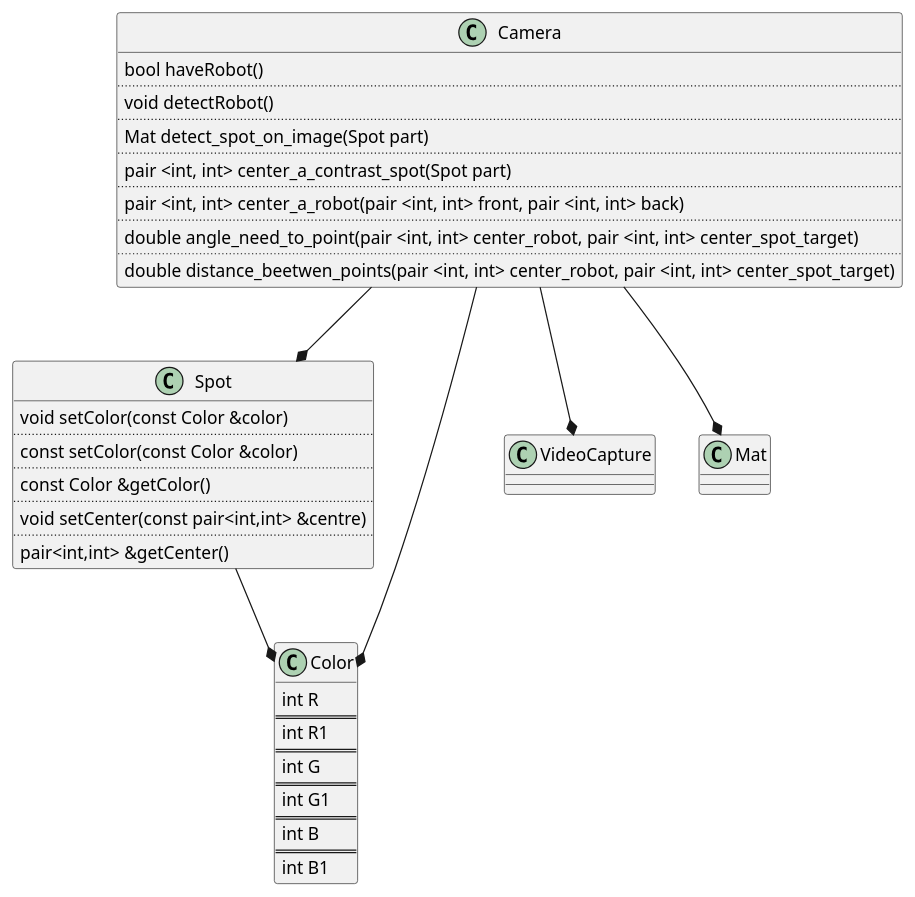
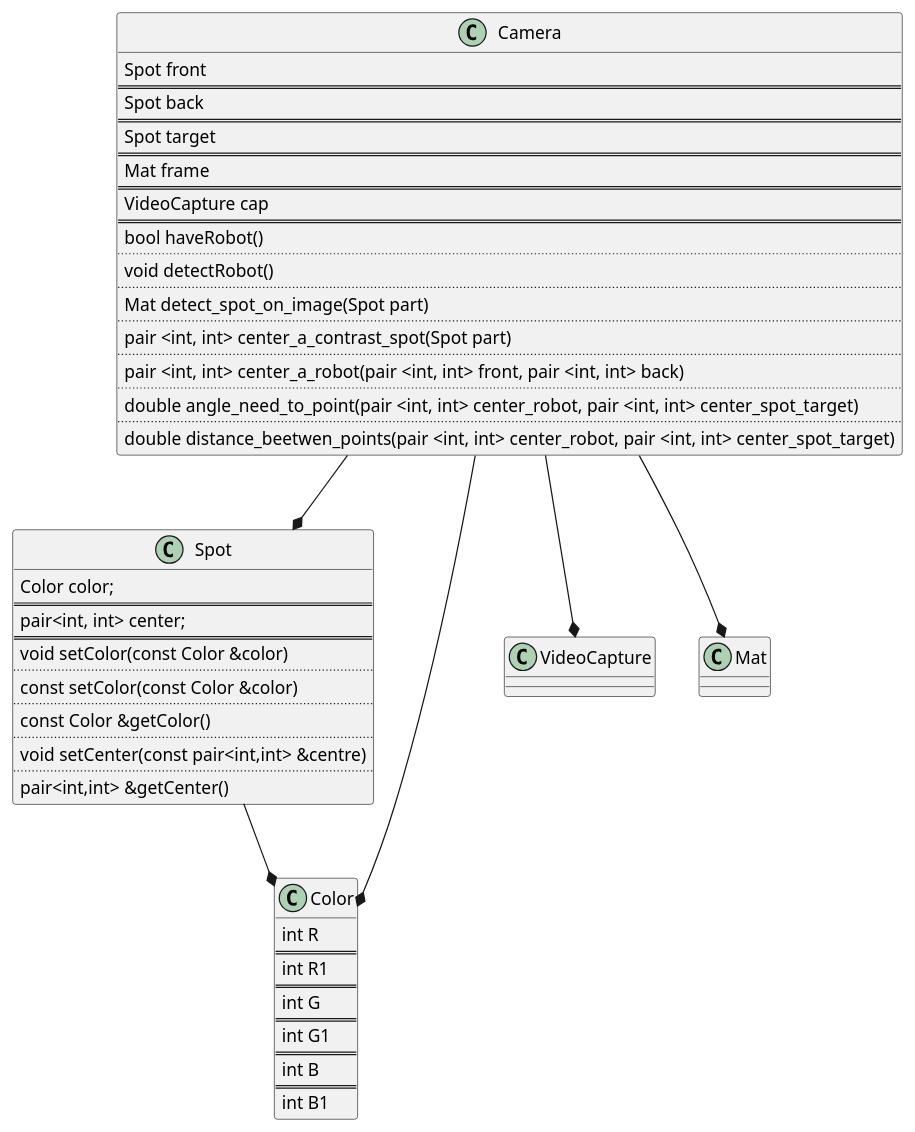
Before and after one commit to anasteysha0000/Robotdelivery: the diagram in Conceptual/conceptual.puml, drawn with PlantUML.

```diff
--- a/Conceptual/conceptual.puml
+++ b/Conceptual/conceptual.puml
@@ -1,46 +1,60 @@
 @startuml
 Camera --* Spot
 Camera --* Color
 Camera --* VideoCapture
 Camera --* Mat
 Spot --* Color
 Class Spot{
+Color color;
+==
+pair<int, int> center;
+==
 void setColor(const Color &color)
 ..
 const setColor(const Color &color)
 ..
 const Color &getColor()
 ..
 void setCenter(const pair<int,int> &centre)
 ..
 pair<int,int> &getCenter()
 }
 class Color{
 int R
 ==
 int R1
 ==
 int G
 ==
 int G1
 ==
 int B
 ==
 int B1
 }
 class Camera{
+Spot front
+==
+Spot back
+==
+Spot target
+==
+Mat frame
+==
+VideoCapture cap
+==
 bool haveRobot()
 ..
 void detectRobot()
 ..
 Mat detect_spot_on_image(Spot part)
 ..
 pair <int, int> center_a_contrast_spot(Spot part)
 ..
 pair <int, int> center_a_robot(pair <int, int> front, pair <int, int> back)
 ..
 double angle_need_to_point(pair <int, int> center_robot, pair <int, int> center_spot_target)
 ..
  double distance_beetwen_points(pair <int, int> center_robot, pair <int, int> center_spot_target)
 }
 @enduml
```
